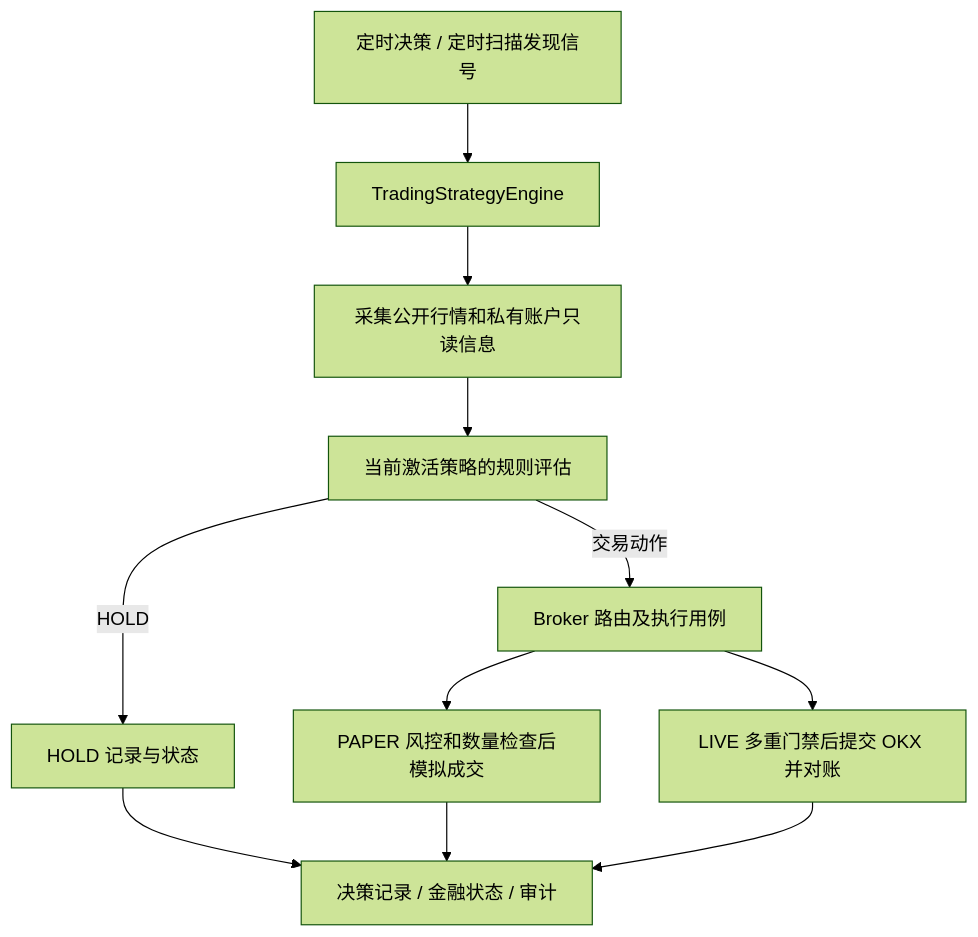
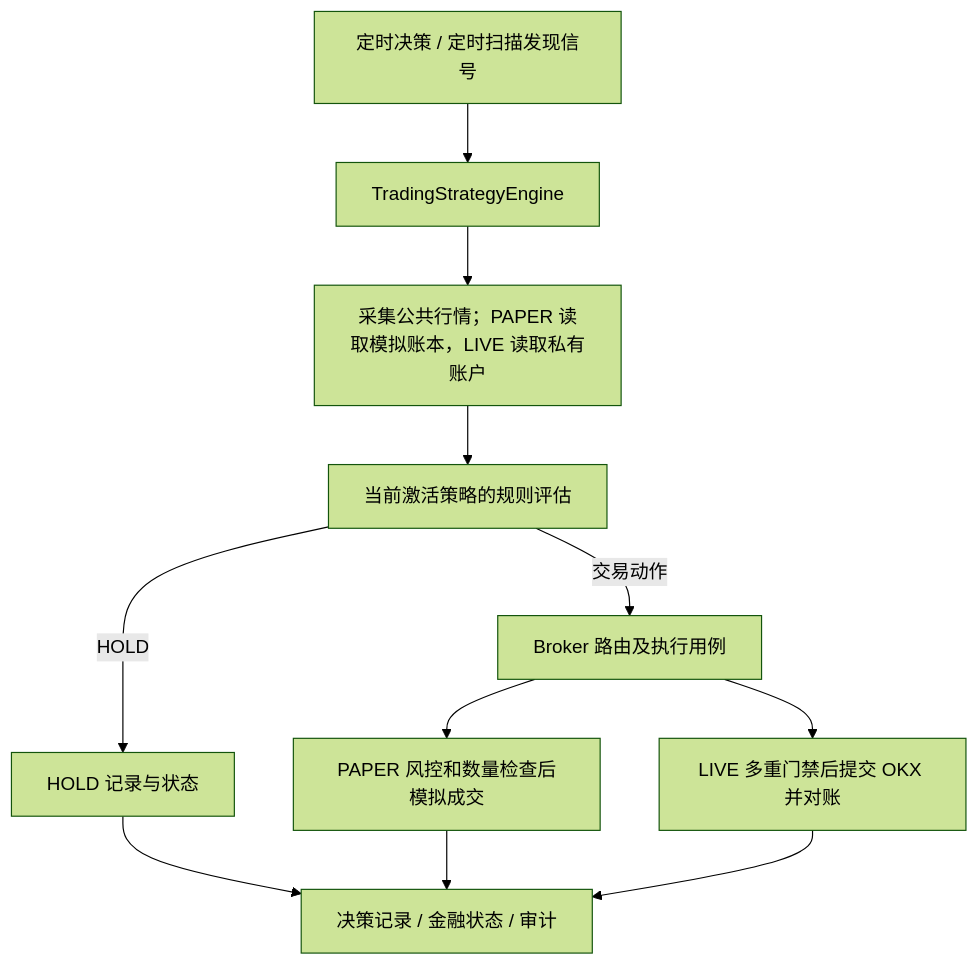
The third of 3 diagrams in docs/PROJECT_GUIDE.md (tiancia/trade), drawn with Mermaid (forest theme) before and after one commit. The commit also changed other lines of this file and 64 other files, not shown here.

````diff
--- a/docs/PROJECT_GUIDE.md
+++ b/docs/PROJECT_GUIDE.md
@@ -240,17 +240,17 @@
 ```mermaid
 flowchart TD
     Schedule[定时决策 / 定时扫描发现信号]
     Engine[TradingStrategyEngine]
-    Collect[采集公开行情和私有账户只读信息]
+    Collect[采集公共行情；PAPER 读取模拟账本，LIVE 读取私有账户]
     Strategy[当前激活策略的规则评估]
     Hold[HOLD 记录与状态]
     Router[Broker 路由及执行用例]
     Paper[PAPER 风控和数量检查后模拟成交]
     Live[LIVE 多重门禁后提交 OKX 并对账]
     Store[决策记录 / 金融状态 / 审计]
     Schedule --> Engine --> Collect --> Strategy
     Strategy -->|HOLD| Hold --> Store
     Strategy -->|交易动作| Router
     Router --> Paper --> Store
     Router --> Live --> Store
 ```
````
